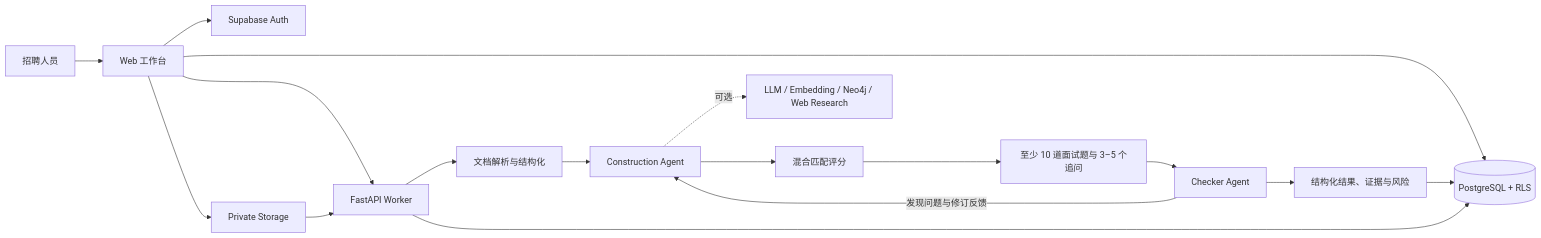
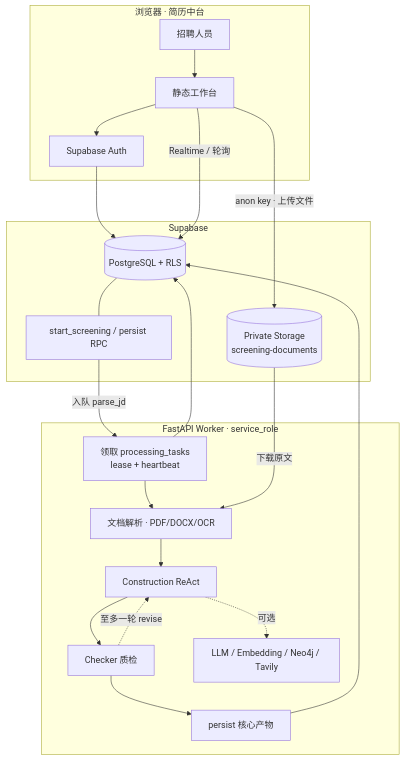
Before and after one commit to mengtian-7001/Resume_Agent: the first of 16 diagrams in README.md, drawn with Mermaid. The commit also changed other lines of this file, not shown here.

Commit message:
docs: expand architecture and data flow guide

````diff
--- a/README.md
+++ b/README.md
@@ -29,19 +31,31 @@
 ```mermaid
-flowchart LR
-    U[招聘人员] --> F[Web 工作台]
-    F --> A[Supabase Auth]
-    F --> S[Private Storage]
-    F --> D[(PostgreSQL + RLS)]
-    F --> W[FastAPI Worker]
-    W --> P[文档解析与结构化]
-    P --> C[Construction Agent]
-    C --> M[混合匹配评分]
-    M --> Q[至少 10 道面试题与 3–5 个追问]
-    Q --> K[Checker Agent]
-    K -->|发现问题与修订反馈| C
-    K --> R[结构化结果、证据与风险]
-    R --> D
-    S --> W
-    W --> D
-    C -.可选.-> L[LLM / Embedding / Neo4j / Web Research]
+flowchart TB
+  subgraph UI[浏览器 · 简历中台]
+    U[招聘人员] --> F[静态工作台]
+    F --> AUTH[Supabase Auth]
+  end
+
+  subgraph SB[Supabase]
+    AUTH --> PG[(PostgreSQL + RLS)]
+    F -->|anon key · 上传文件| ST[(Private Storage<br/>screening-documents)]
+    F -->|Realtime / 轮询| PG
+    RPC[start_screening / persist RPC]
+    PG --- RPC
+  end
+
+  subgraph WK[FastAPI Worker · service_role]
+    Q[领取 processing_tasks<br/>lease + heartbeat]
+    P[文档解析 · PDF/DOCX/OCR]
+    C[Construction ReAct]
+    K[Checker 质检]
+    PS[persist 核心产物]
+    Q --> P --> C --> K --> PS
+    K -.->|至多一轮 revise| C
+    C -.可选.-> L[LLM / Embedding / Neo4j / Tavily]
+  end
+
+  ST -->|下载原文| P
+  RPC -->|入队 parse_jd| Q
+  PS --> PG
+  Q --> PG
 ```
````
